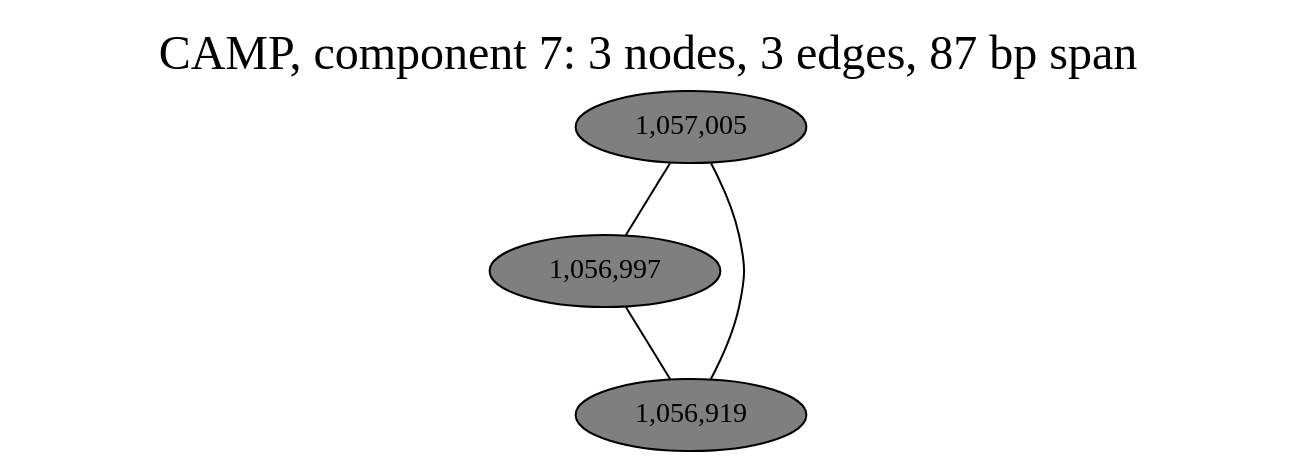
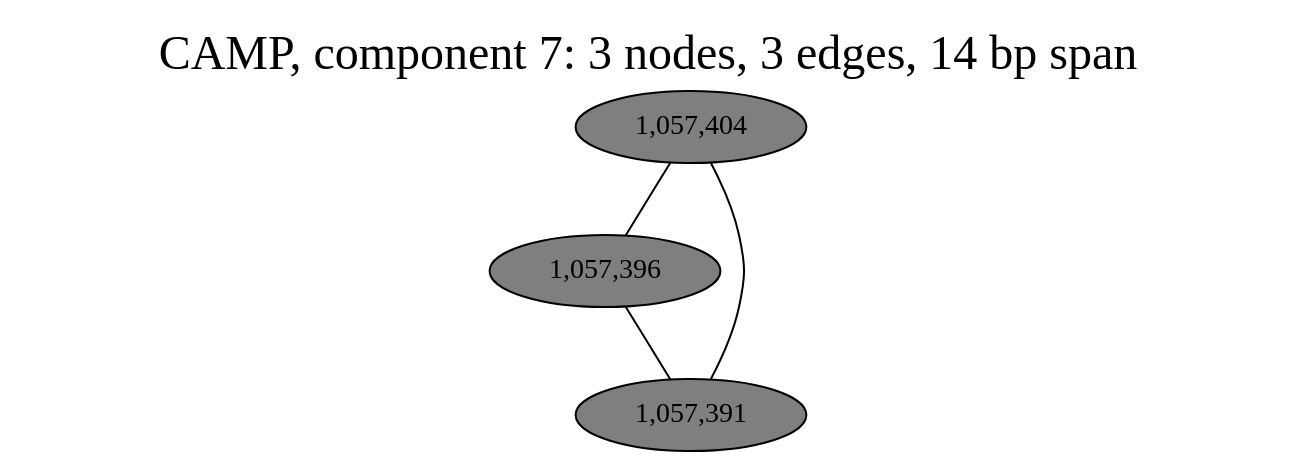
One commit to fedarko/sheepgut changed the diagram in notebooks/graphs/CAMP_cc7.gv. Above: the diagram before and after it, drawn with Graphviz. The commit also changed 52 other files, not shown here.

```diff
--- a/notebooks/graphs/CAMP_cc7.gv
+++ b/notebooks/graphs/CAMP_cc7.gv
@@ -1,13 +1,13 @@
 graph CAMP_cc7 {
 	overlap="prism50";
 	outputorder="edgesfirst";
-	label="CAMP, component 7: 3 nodes, 3 edges, 87 bp span";
+	label="CAMP, component 7: 3 nodes, 3 edges, 14 bp span";
 	labelloc="t";
 	fontsize=24;
-	"1,057,005" [style="filled", fillcolor="#7f7f7f", fontcolor="#000000"];
-	"1,056,997" [style="filled", fillcolor="#7f7f7f", fontcolor="#000000"];
-	"1,056,919" [style="filled", fillcolor="#7f7f7f", fontcolor="#000000"];
-	"1,057,005" -- "1,056,919";
-	"1,057,005" -- "1,056,997";
-	"1,056,997" -- "1,056,919";
+	"1,057,404" [style="filled", fillcolor="#7f7f7f", fontcolor="#000000"];
+	"1,057,396" [style="filled", fillcolor="#7f7f7f", fontcolor="#000000"];
+	"1,057,391" [style="filled", fillcolor="#7f7f7f", fontcolor="#000000"];
+	"1,057,404" -- "1,057,391";
+	"1,057,404" -- "1,057,396";
+	"1,057,396" -- "1,057,391";
 }
```
